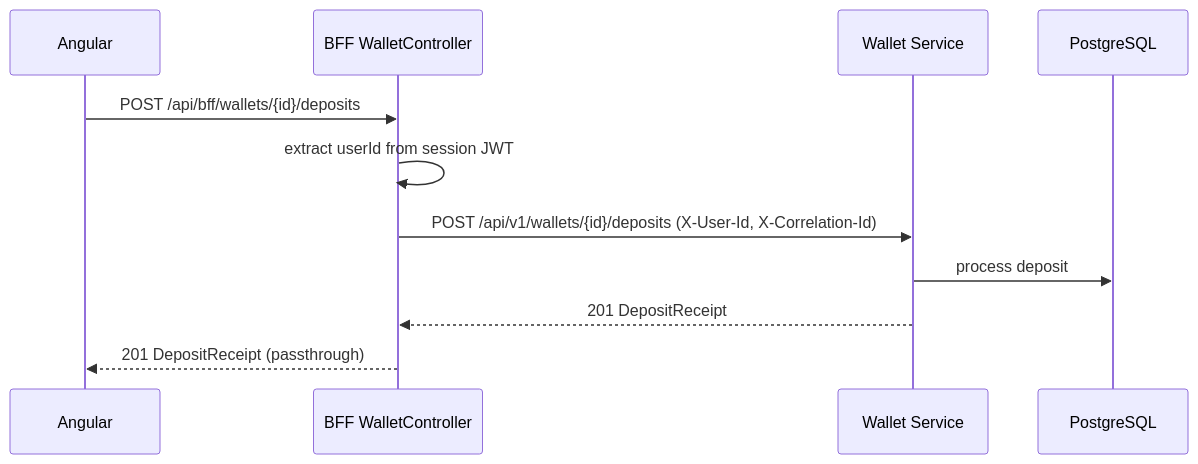
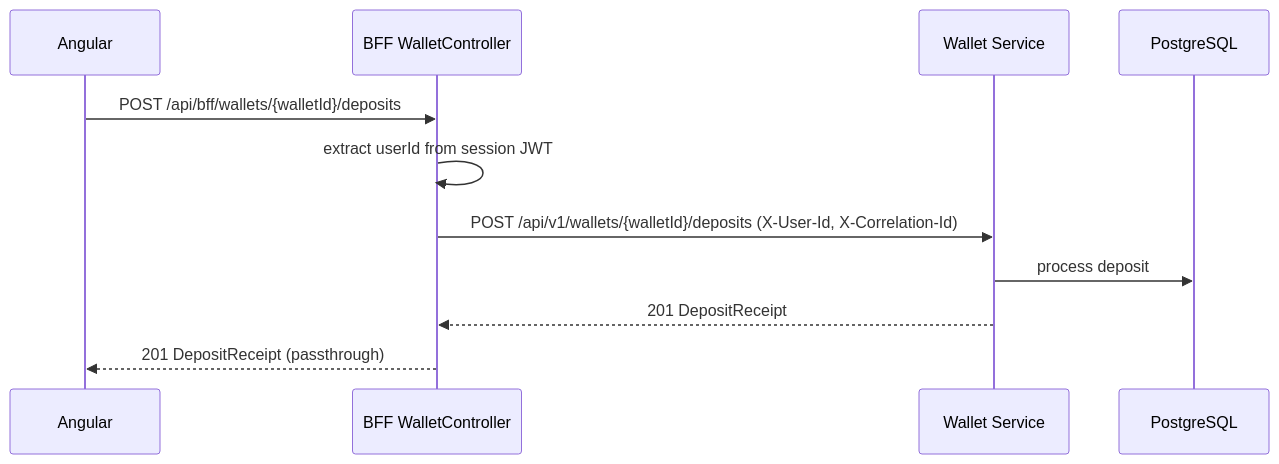
Before and after one commit to AlexAlvarezGallardo-GitHub/Aegis: the second of 2 diagrams in docs/obsidian/01 - Services/BFF Service.md, drawn with Mermaid. The commit also changed other lines of this file and 87 other files, not shown here.

````diff
--- a/docs/obsidian/01 - Services/BFF Service.md
+++ b/docs/obsidian/01 - Services/BFF Service.md
@@ -40,14 +48,14 @@
 ```mermaid
 sequenceDiagram
     participant Client as Angular
     participant BFF as BFF WalletController
     participant Wallet as Wallet Service
     participant DB as PostgreSQL
 
-    Client->>BFF: POST /api/bff/wallets/{id}/deposits
+    Client->>BFF: POST /api/bff/wallets/{walletId}/deposits
     BFF->>BFF: extract userId from session JWT
-    BFF->>Wallet: POST /api/v1/wallets/{id}/deposits (X-User-Id, X-Correlation-Id)
+    BFF->>Wallet: POST /api/v1/wallets/{walletId}/deposits (X-User-Id, X-Correlation-Id)
     Wallet->>DB: process deposit
     Wallet-->>BFF: 201 DepositReceipt
     BFF-->>Client: 201 DepositReceipt (passthrough)
 ```
````
